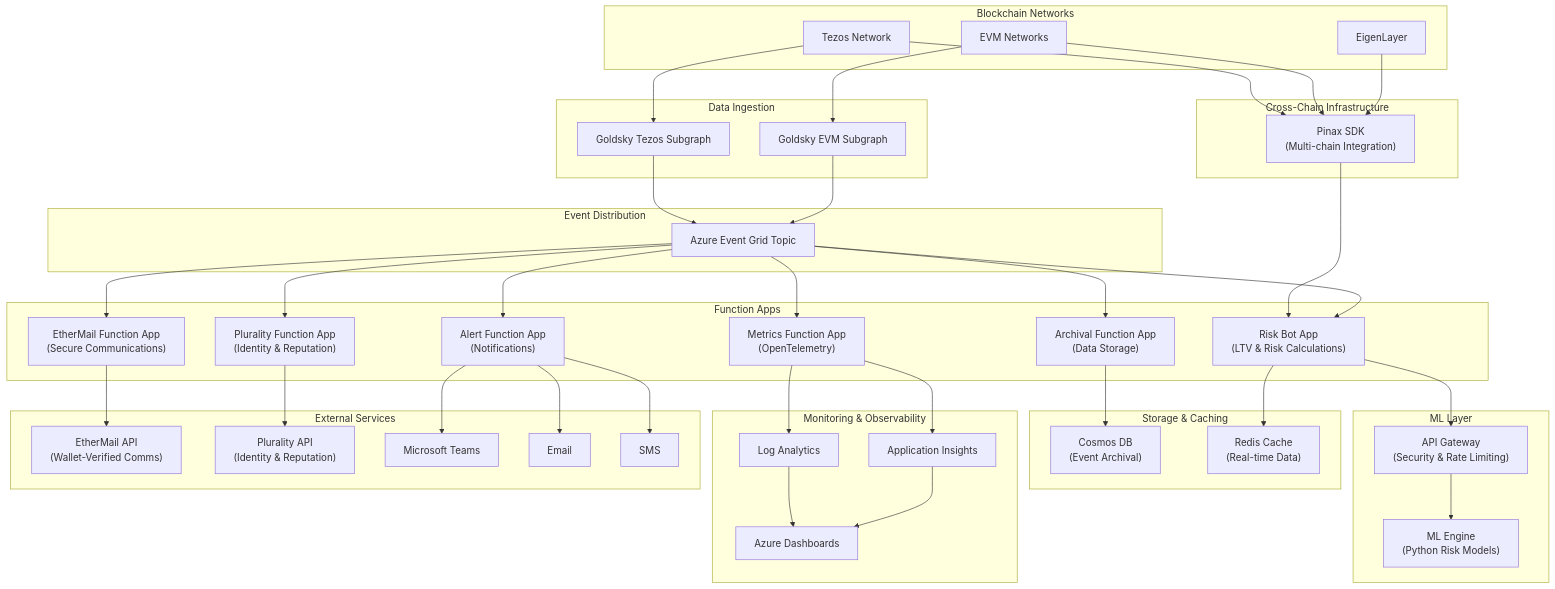
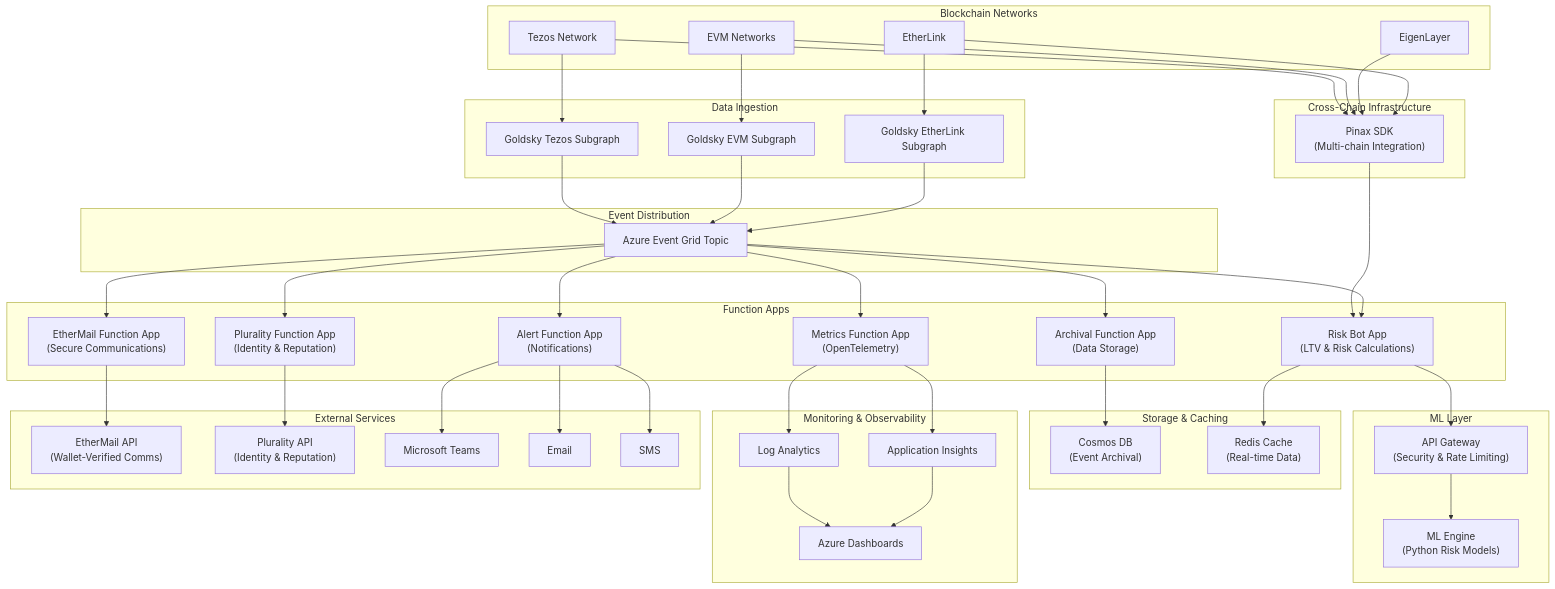
The diagram in README.md (VeritasVault-ai/vv-chain-services), drawn with Mermaid before and after one commit. The commit also changed other lines of this file, not shown here.

```diff
--- a/README.md
+++ b/README.md
@@ -34,11 +34,13 @@
     Tezos["Tezos Network"]
     EVM["EVM Networks"]
     EigenLayer["EigenLayer"]
+    EtherLink["EtherLink"]
   end
 
   subgraph "Data Ingestion"
     GoldskyTezos["Goldsky Tezos Subgraph"]
     GoldskyEVM["Goldsky EVM Subgraph"]
+    GoldskyEtherLink["Goldsky EtherLink Subgraph"]
   end
 
   subgraph "Cross-Chain Infrastructure"
@@ -84,12 +86,15 @@
 
   Tezos --> GoldskyTezos
   EVM --> GoldskyEVM
+  EtherLink --> GoldskyEtherLink
   GoldskyTezos --> EventGrid
   GoldskyEVM --> EventGrid
+  GoldskyEtherLink --> EventGrid
   
   Tezos --> PinaxSDK
   EVM --> PinaxSDK
   EigenLayer --> PinaxSDK
+  EtherLink --> PinaxSDK
   PinaxSDK --> RiskBot
   
   EventGrid --> RiskBot
```
